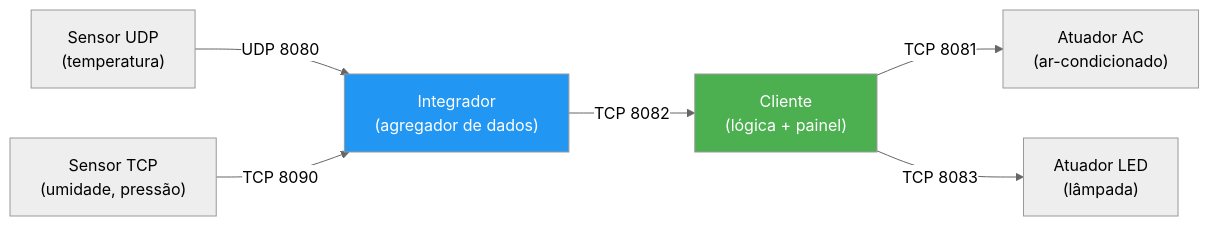
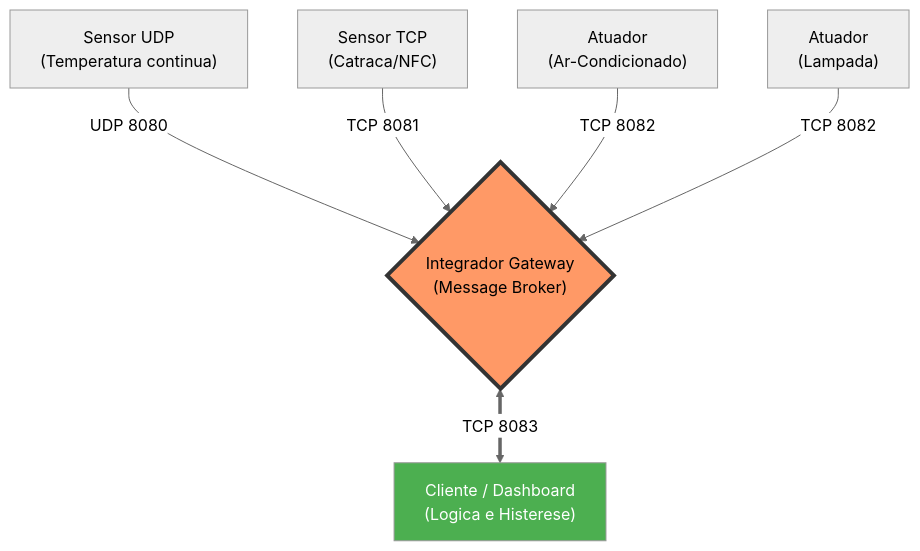
One commit to cleidson21/PBL_1_Redes-A_Rota_das_Coisas changed the diagram in README.md. Above: the diagram before and after it, drawn with Mermaid (neutral theme). The commit also changed other lines of this file, not shown here.

````diff
--- a/README.md
+++ b/README.md
@@ -39,18 +35,21 @@
 ```mermaid
-flowchart LR
-    S_UDP["Sensor UDP<br/>(temperatura)"]
-    S_TCP["Sensor TCP<br/>(umidade, pressão)"]
-    A_AC["Atuador AC<br/>(ar-condicionado)"]
-    A_LED["Atuador LED<br/>(lâmpada)"]
-    
-    S_UDP -- UDP 8080 --> I["Integrador<br/>(agregador de dados)"]
-    S_TCP -- TCP 8090 --> I
-    
-    I -- TCP 8082 --> C["Cliente<br/>(lógica + painel)"]
-    
-    C -- TCP 8081 --> A_AC
-    C -- TCP 8083 --> A_LED
-    
-    style C fill:#4CAF50,color:#fff
-    style I fill:#2196F3,color:#fff
+flowchart TD
+        S_UDP["Sensor UDP<br/>(Temperatura continua)"]
+        S_TCP["Sensor TCP<br/>(Catraca/NFC)"]
+
+        I{"Integrador Gateway<br/>(Message Broker)"}
+
+        C["Cliente / Dashboard<br/>(Logica e Histerese)"]
+
+        A_AC["Atuador<br/>(Ar-Condicionado)"]
+        A_LED["Atuador<br/>(Lampada)"]
+
+        S_UDP -- "UDP 8080" --> I
+        S_TCP -- "TCP 8081" --> I
+        I <== "TCP 8083" ==> C
+        A_AC -- "TCP 8082" --> I
+        A_LED -- "TCP 8082" --> I
+
+        style I fill:#f96,stroke:#333,stroke-width:4px
+        style C fill:#4CAF50,color:#fff
 ```
````
